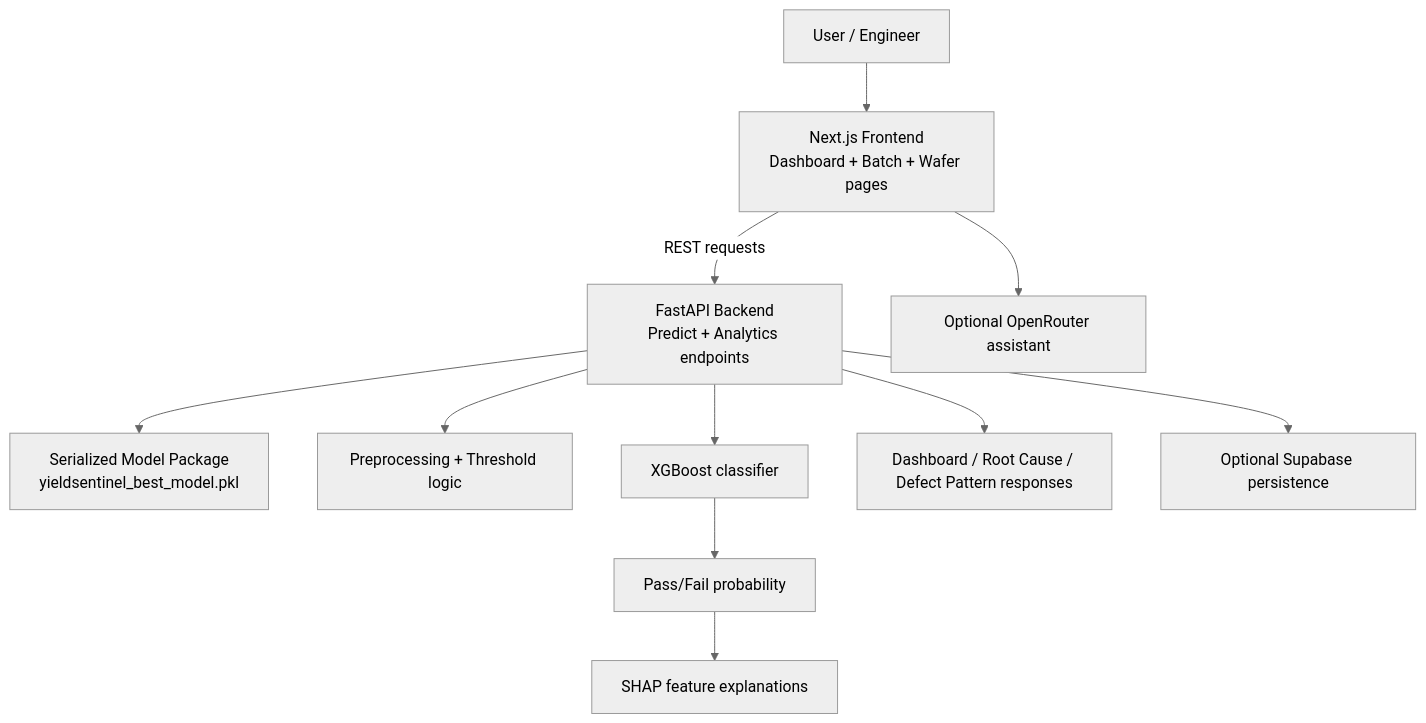
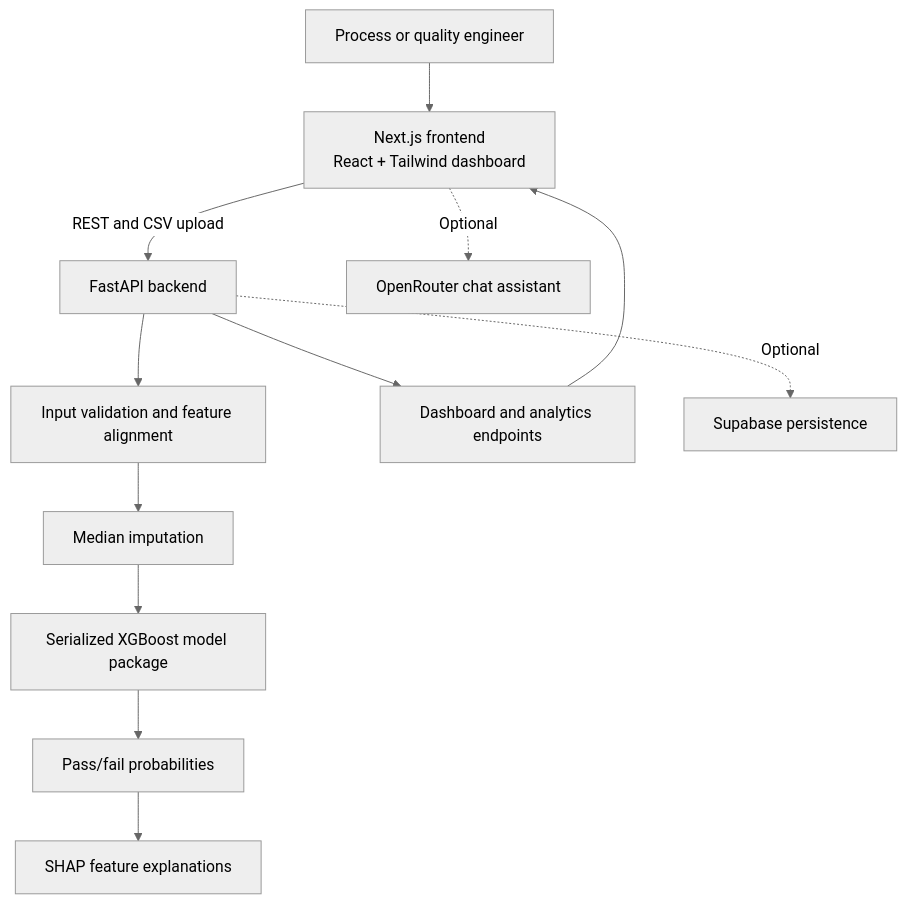
One commit to MansiJogani12/bob-ai-hackathon-ThinkTankX changed the diagram in docs/architecture.md. Above: the diagram before and after it, drawn with Mermaid (neutral theme). The commit also changed other lines of this file and 7 other files, not shown here.

````diff
--- a/docs/architecture.md
+++ b/docs/architecture.md
@@ -30,13 +7,14 @@
 ```mermaid
 graph TD
-    U[User / Engineer] --> F[Next.js Frontend\nDashboard + Batch + Wafer pages]
-    F -->|REST requests| B[FastAPI Backend\nPredict + Analytics endpoints]
-    B --> M[Serialized Model Package\nyieldsentinel_best_model.pkl]
-    B --> P[Preprocessing + Threshold logic]
-    B --> X[XGBoost classifier]
-    X --> R[Pass/Fail probability]
-    R --> SH[SHAP feature explanations]
-    B --> D[Dashboard / Root Cause / Defect Pattern responses]
-    F --> A[Optional OpenRouter assistant]
-    B --> S[Optional Supabase persistence]
+    U[Process or quality engineer] --> F[Next.js frontend\nReact + Tailwind dashboard]
+    F -->|REST and CSV upload| B[FastAPI backend]
+    B --> V[Input validation and feature alignment]
+    V --> I[Median imputation]
+    I --> M[Serialized XGBoost model package]
+    M --> P[Pass/fail probabilities]
+    P --> S[SHAP feature explanations]
+    B --> A[Dashboard and analytics endpoints]
+    A --> F
+    B -. Optional .-> DB[Supabase persistence]
+    F -. Optional .-> C[OpenRouter chat assistant]
 ```
````
